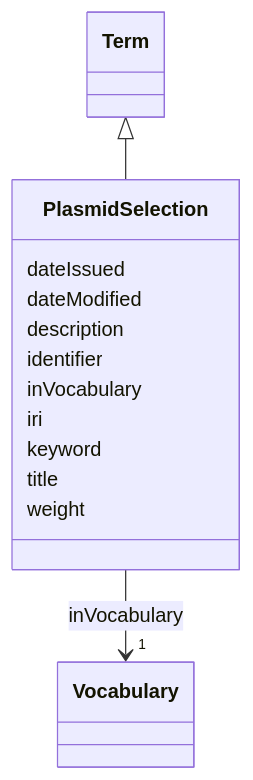
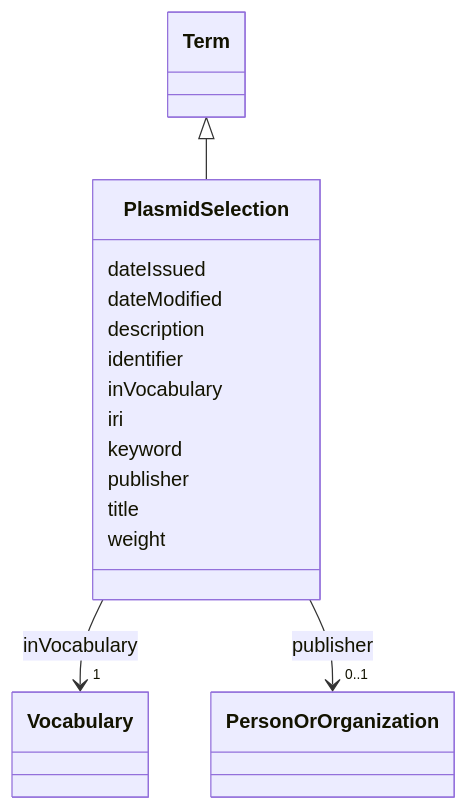
One commit to EVORA-project/evora-ontology changed the diagram in models/docs/PlasmidSelection.md. Above: the diagram before and after it, drawn with Mermaid. The commit also changed other lines of this file and 468 other files, not shown here.

````diff
--- a/models/docs/PlasmidSelection.md
+++ b/models/docs/PlasmidSelection.md
@@ -19,34 +19,43 @@
 ```mermaid
  classDiagram
     class PlasmidSelection
     click PlasmidSelection href "../PlasmidSelection"
       Term <|-- PlasmidSelection
         click Term href "../Term"
       
       PlasmidSelection : dateIssued
         
       PlasmidSelection : dateModified
         
       PlasmidSelection : description
         
       PlasmidSelection : identifier
         
       PlasmidSelection : inVocabulary
         
           
     
     
     PlasmidSelection --> "1" Vocabulary : inVocabulary
     click Vocabulary href "../Vocabulary"
 
         
       PlasmidSelection : iri
         
       PlasmidSelection : keyword
         
+      PlasmidSelection : publisher
+        
+          
+    
+    
+    PlasmidSelection --> "0..1" PersonOrOrganization : publisher
+    click PersonOrOrganization href "../PersonOrOrganization"
+
+        
       PlasmidSelection : title
         
       PlasmidSelection : weight
         
       
 ```
````
